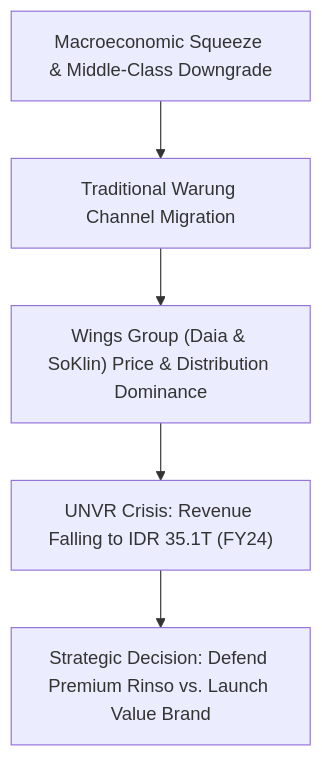
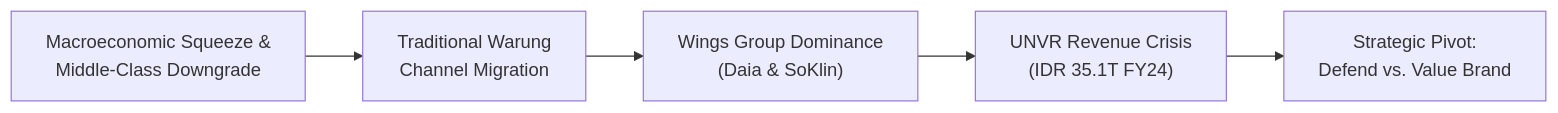
The diagram in content/courses/mk3-marketing-management/week-01/case-unilever-indonesia-2026.md (egxl/MBA), drawn with Mermaid before and after one commit. The commit also changed other lines of this file and 317 other files, not shown here.

````diff
--- a/content/courses/mk3-marketing-management/week-01/case-unilever-indonesia-2026.md
+++ b/content/courses/mk3-marketing-management/week-01/case-unilever-indonesia-2026.md
@@ -37,7 +37,7 @@
 ```mermaid
-flowchart TD
-    A["Macroeconomic Squeeze & Middle-Class Downgrade"] --> B["Traditional Warung Channel Migration"]
-    B --> C["Wings Group (Daia & SoKlin) Price & Distribution Dominance"]
-    C --> D["UNVR Crisis: Revenue Falling to IDR 35.1T (FY24)"]
-    D --> E["Strategic Decision: Defend Premium Rinso vs. Launch Value Brand"]
+flowchart LR
+    A["Macroeconomic Squeeze &<br>Middle-Class Downgrade"] --> B["Traditional Warung<br>Channel Migration"]
+    B --> C["Wings Group Dominance<br>(Daia & SoKlin)"]
+    C --> D["UNVR Revenue Crisis<br>(IDR 35.1T FY24)"]
+    D --> E["Strategic Pivot:<br>Defend vs. Value Brand"]
 ```
````
